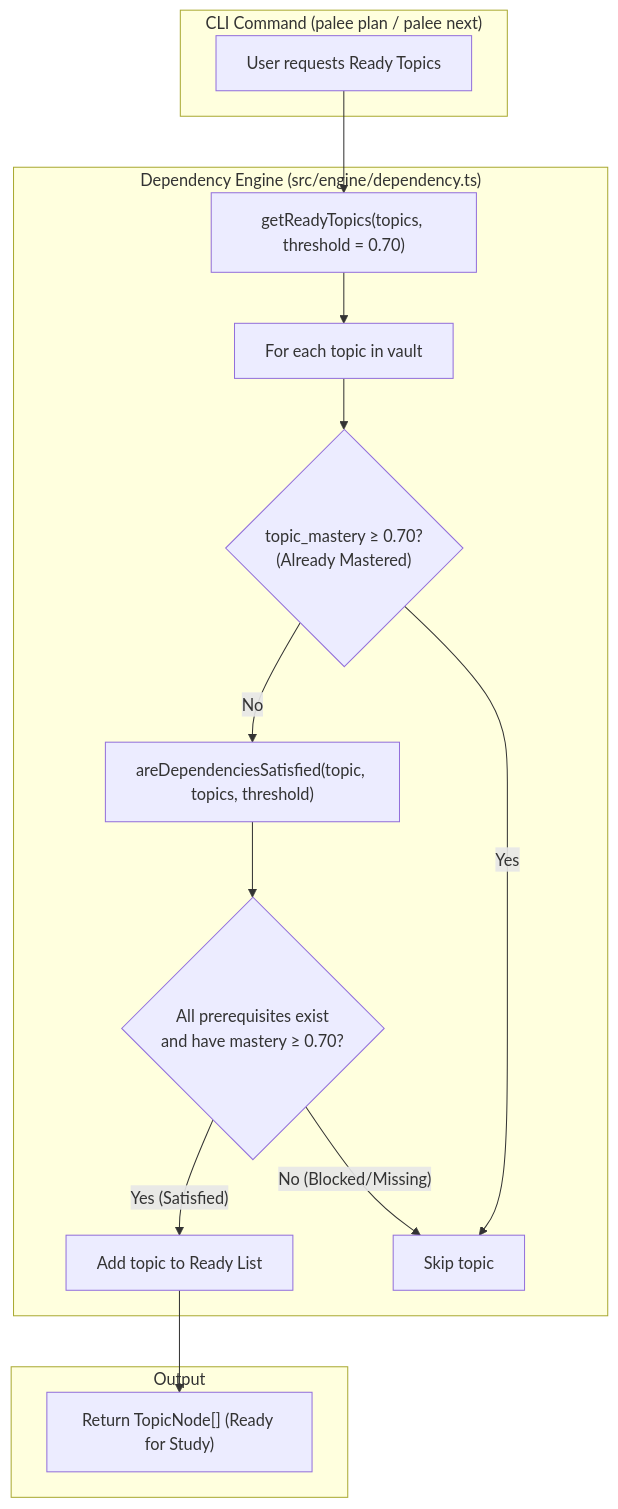
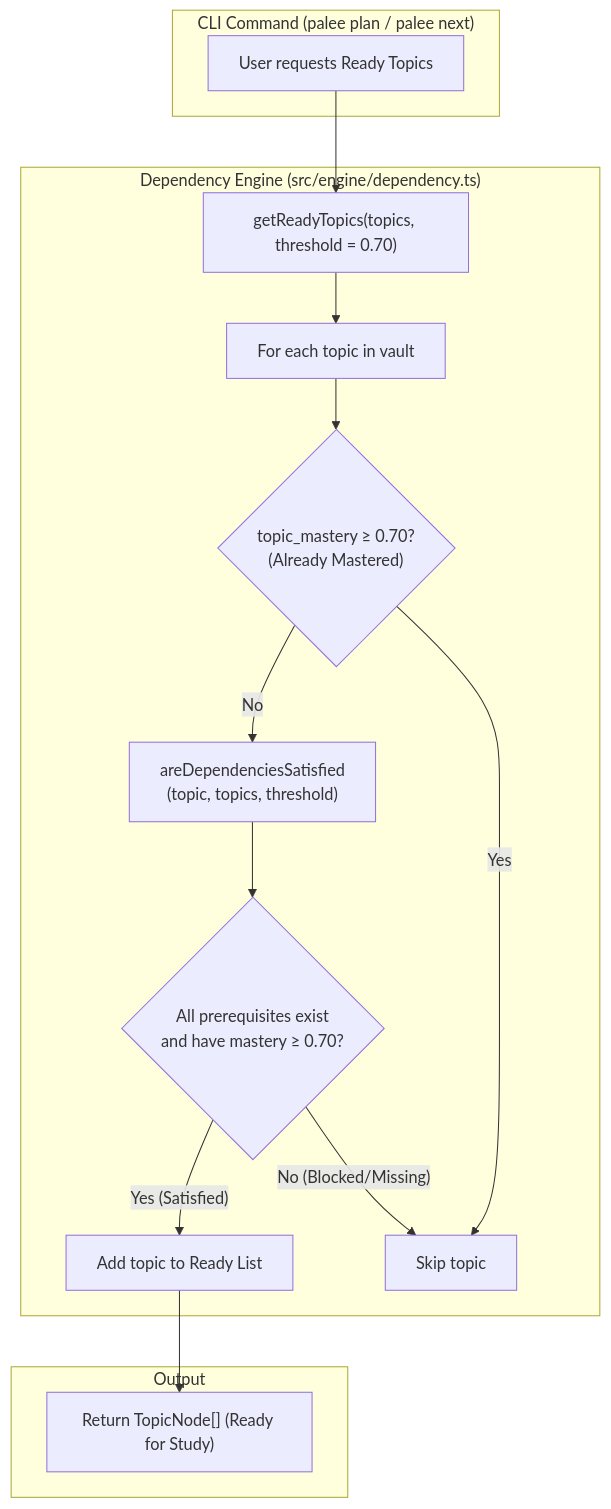
Before and after one commit to Kuldeep2822k/cli: the first of 3 diagrams in docs/03-2-dependency-graph-engine.md, drawn with Mermaid. The commit also changed other lines of this file and 22 other files, not shown here.

First line of the commit message:
docs: resolve documentation audit drift, navigation gaps, and diagram layouts (#189)

````diff
--- a/docs/03-2-dependency-graph-engine.md
+++ b/docs/03-2-dependency-graph-engine.md
@@ -69,30 +69,30 @@
 ```mermaid
 flowchart TD
     subgraph CLI ["CLI Command (palee plan / palee next)"]
         PlanReq["User requests Ready Topics"]
     end
 
     subgraph Engine ["Dependency Engine (src/engine/dependency.ts)"]
         GetReady["getReadyTopics(topics, threshold = 0.70)"]
         Iterate["For each topic in vault"]
         MasteryCheck{"topic_mastery &ge; 0.70?<br/>(Already Mastered)"}
-        DepCheck["areDependenciesSatisfied(topic, topics, threshold)"]
+        DepCheck["areDependenciesSatisfied<br/>(topic, topics, threshold)"]
         CheckPrereqs{"All prerequisites exist<br/>and have mastery &ge; 0.70?"}
         AddToReady["Add topic to Ready List"]
         Skip["Skip topic"]
     end
 
     subgraph Out ["Output"]
         ReadyList["Return TopicNode[] (Ready for Study)"]
     end
 
     PlanReq --> GetReady
     GetReady --> Iterate
     Iterate --> MasteryCheck
     MasteryCheck -- "Yes" --> Skip
     MasteryCheck -- "No" --> DepCheck
     DepCheck --> CheckPrereqs
     CheckPrereqs -- "Yes (Satisfied)" --> AddToReady
     CheckPrereqs -- "No (Blocked/Missing)" --> Skip
     AddToReady --> ReadyList
 ```
````
